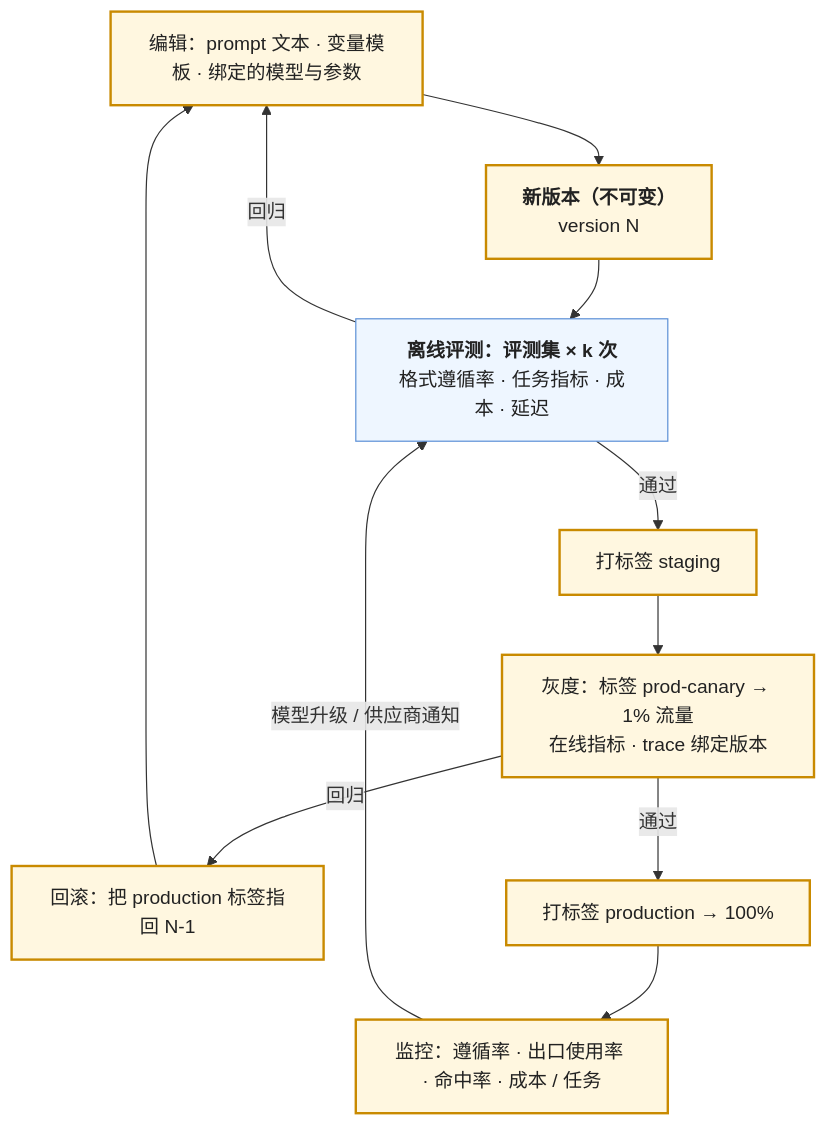
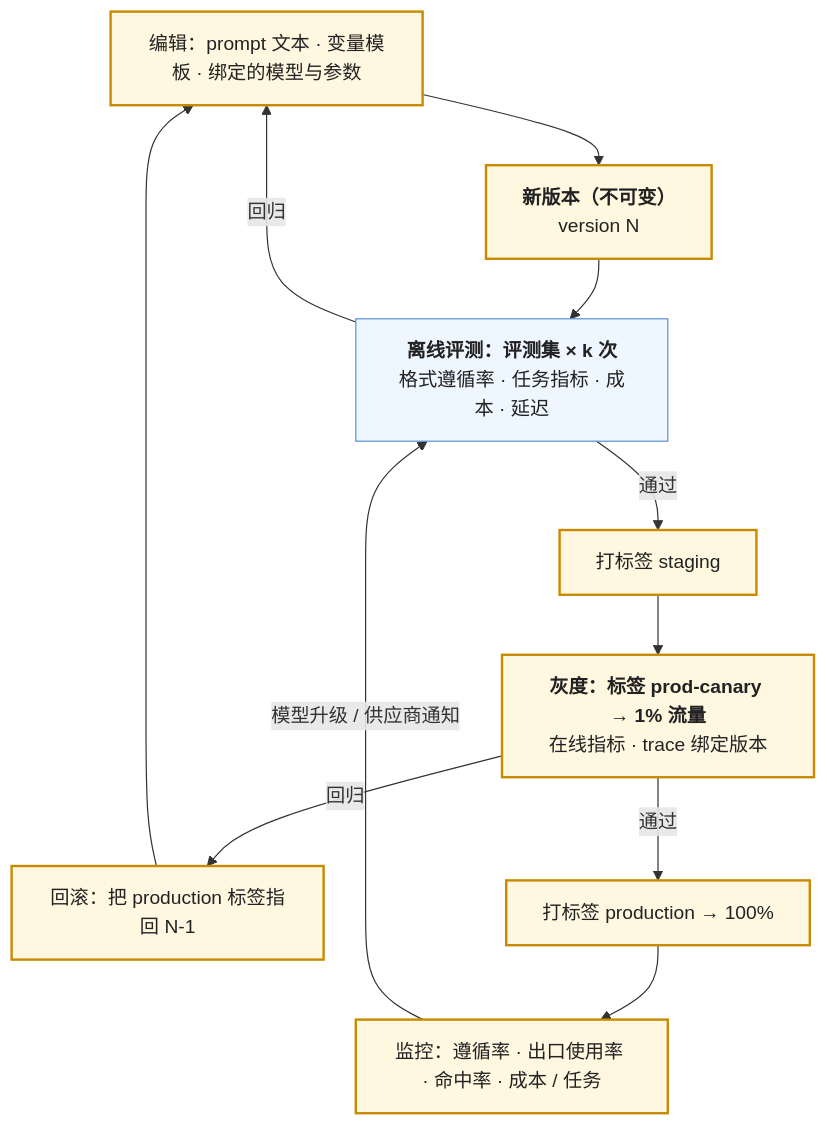
Before and after one commit to arganzheng/arganzheng.github.com: the first of 6 diagrams in _posts/2026-10-11-prompts-as-code-versioning-evals-and-context-vs-retrieval.md, drawn with Mermaid. The commit also changed other lines of this file and 8 other files, not shown here.

````diff
--- a/_posts/2026-10-11-prompts-as-code-versioning-evals-and-context-vs-retrieval.md
+++ b/_posts/2026-10-11-prompts-as-code-versioning-evals-and-context-vs-retrieval.md
@@ -22,19 +22,19 @@
 ```mermaid
 %% 图：prompt 的生命周期：编辑出不可变版本，离线评测过门禁后打 staging，灰度 1% 再切 production，模型升级从评测重新触发
 flowchart TB
     E["编辑：prompt 文本 · 变量模板 · 绑定的模型与参数"] --> V["<b>新版本（不可变）</b><br/>version N"]
     V --> T["<b>离线评测：评测集 × k 次</b><br/>格式遵循率 · 任务指标 · 成本 · 延迟"]
     T -->|"回归"| E
     T -->|"通过"| L1["打标签 staging"]
-    L1 --> G["灰度：标签 prod-canary → 1% 流量<br/>在线指标 · trace 绑定版本"]
+    L1 --> G["<b>灰度：标签 prod-canary → 1% 流量</b><br/>在线指标 · trace 绑定版本"]
     G -->|"回归"| RB["回滚：把 production 标签指回 N-1"]
     G -->|"通过"| L2["打标签 production → 100%"]
     L2 --> M["监控：遵循率 · 出口使用率 · 命中率 · 成本 / 任务"]
     M -->|"模型升级 / 供应商通知"| T
     RB --> E
 
     classDef step fill:#fff7e0,stroke:#c98a00,stroke-width:2px,color:#222
     classDef gate fill:#eef6ff,stroke:#5b8fd6,color:#222
     class E,V,L1,G,L2,M,RB step
     class T gate
 ```
````
